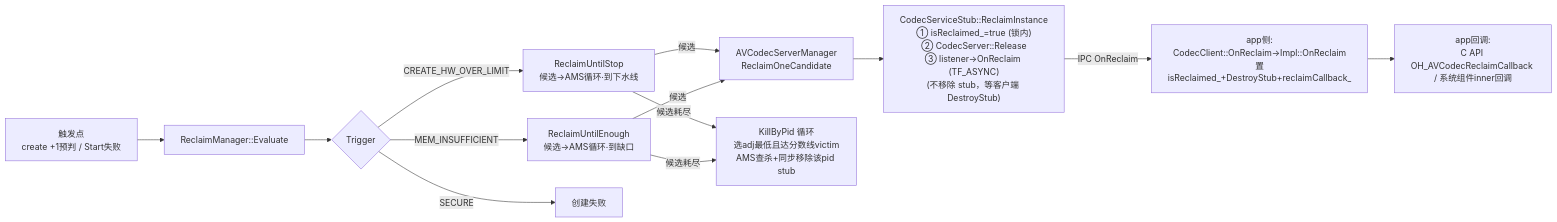
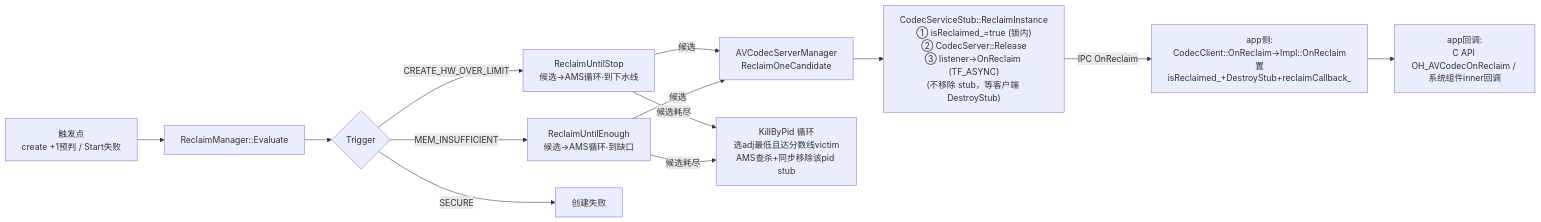
Before and after one commit to openharmony-qemu/multimedia_av_codec: the fifth of 5 diagrams in docs/实例回收实现方案.md, drawn with Mermaid. The commit also changed other lines of this file and 3 other files, not shown here.

````diff
--- a/docs/实例回收实现方案.md
+++ b/docs/实例回收实现方案.md
@@ -351,18 +351,18 @@
 ```mermaid
 graph LR
     T["触发点<br/>create +1预判 / Start失败"]
     T --> RM["ReclaimManager::Evaluate"]
     RM --> SW{"Trigger"}
     SW -->|"CREATE_HW_OVER_LIMIT"| Stop1["ReclaimUntilStop<br/>候选→AMS循环·到下水线"]
     SW -->|"MEM_INSUFFICIENT"| Enough["ReclaimUntilEnough<br/>候选→AMS循环·到缺口"]
     SW -->|"SECURE"| Fail["创建失败"]
 
     Stop1 -->|候选| RIC
     Enough -->|候选| RIC
     Stop1 -->|候选耗尽| Kill["KillByPid 循环<br/>选adj最低且达分数线victim<br/>AMS查杀+同步移除该pid stub"]
     Enough -->|候选耗尽| Kill
 
     RIC["AVCodecServerManager<br/>ReclaimOneCandidate"] --> RI["CodecServiceStub::ReclaimInstance<br/>① isReclaimed_=true (锁内)<br/>② CodecServer::Release<br/>③ listener->OnReclaim (TF_ASYNC)<br/>(不移除 stub，等客户端 DestroyStub)"]
     RI -->|IPC OnReclaim| App["app侧:<br/>CodecClient::OnReclaim→Impl::OnReclaim<br/>置isReclaimed_+DestroyStub+reclaimCallback_"]
-    App --> CB2["app回调:<br/>C API OH_AVCodecReclaimCallback / 系统组件inner回调"]
+    App --> CB2["app回调:<br/>C API OH_AVCodecOnReclaim / 系统组件inner回调"]
 ```
````
